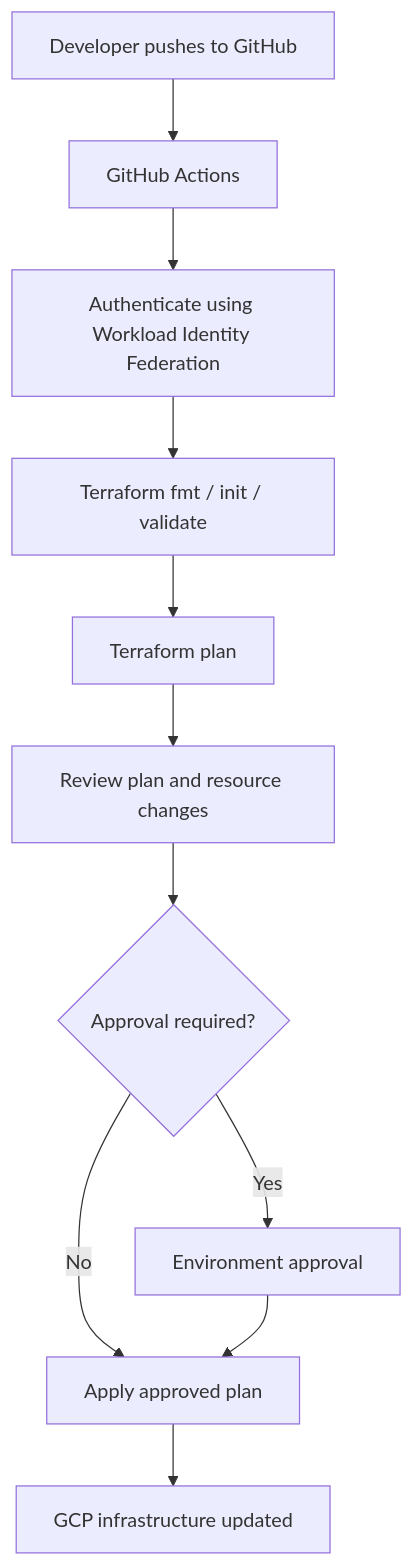
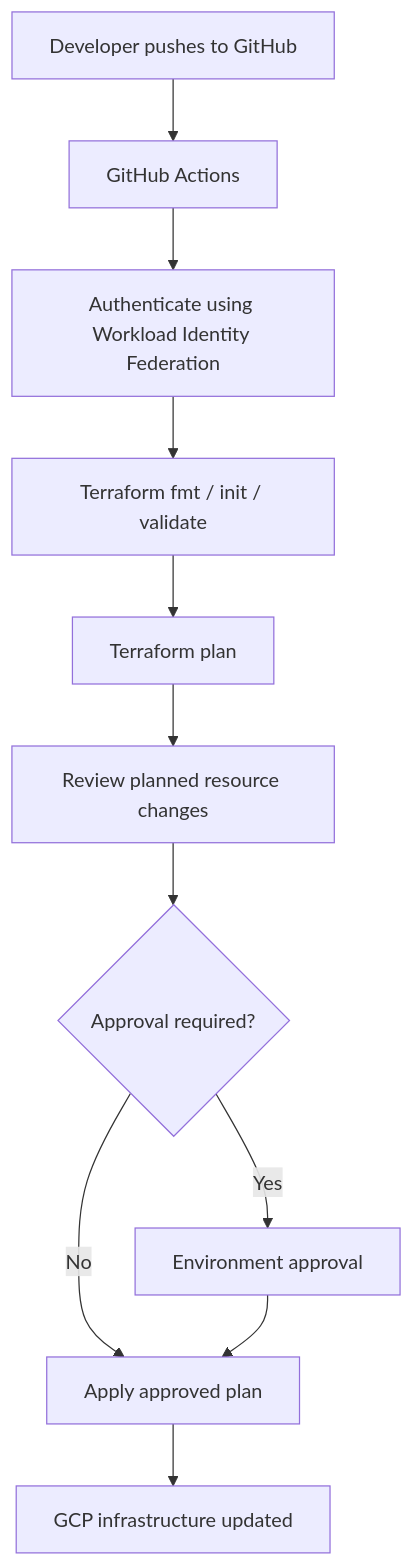
Before and after one commit to cloudwithpavan/AtmosData: the seventh of 7 diagrams in README.md, drawn with Mermaid. The commit also changed other lines of this file, not shown here.

````diff
--- a/README.md
+++ b/README.md
@@ -462,13 +581,13 @@
 ```mermaid
 flowchart TD
     A["Developer pushes to GitHub"] --> B["GitHub Actions"]
     B --> C["Authenticate using Workload Identity Federation"]
     C --> D["Terraform fmt / init / validate"]
     D --> E["Terraform plan"]
-    E --> F["Review plan and resource changes"]
+    E --> F["Review planned resource changes"]
     F --> G{"Approval required?"}
     G -->|"Yes"| H["Environment approval"]
     G -->|"No"| I["Apply approved plan"]
     H --> I
     I --> J["GCP infrastructure updated"]
 ```
````
